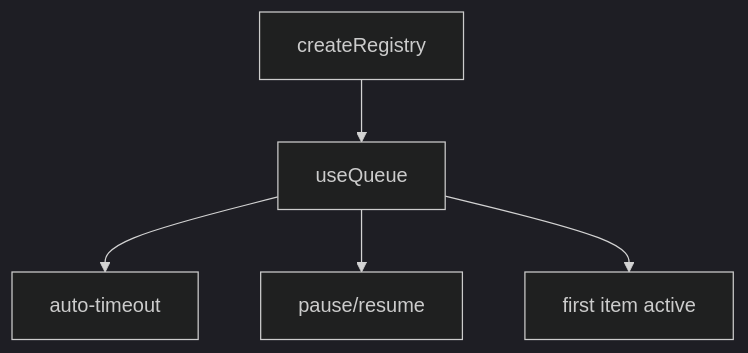
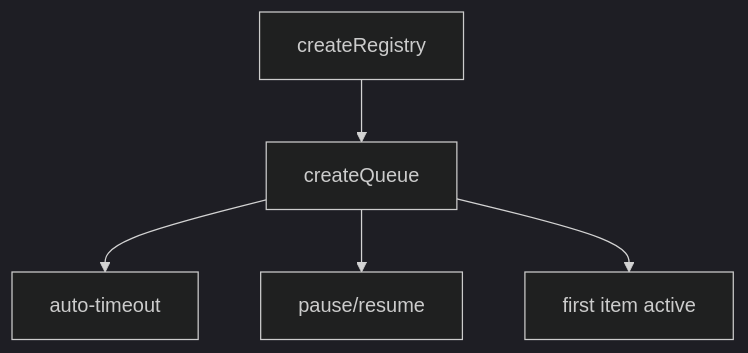
Before and after one commit to vuetifyjs/0: the diagram in apps/docs/src/pages/composables/registration/create-queue.md, drawn with Mermaid (dark theme). The commit also changed 1 other file, not shown here.

Commit message:
docs(registration): fix mermaid chart names for createQueue/createTimeline
Update diagrams to use create* prefix consistent with a176071 refactor.

````diff
--- a/apps/docs/src/pages/composables/registration/create-queue.md
+++ b/apps/docs/src/pages/composables/registration/create-queue.md
@@ -47,7 +47,7 @@
 ```mermaid "Queue Hierarchy"
 flowchart TD
-  createRegistry --> useQueue
-  useQueue --> timeout[auto-timeout]
-  useQueue --> pause/resume
-  useQueue --> first[first item active]
+  createRegistry --> createQueue
+  createQueue --> timeout[auto-timeout]
+  createQueue --> pause/resume
+  createQueue --> first[first item active]
 ```
````
